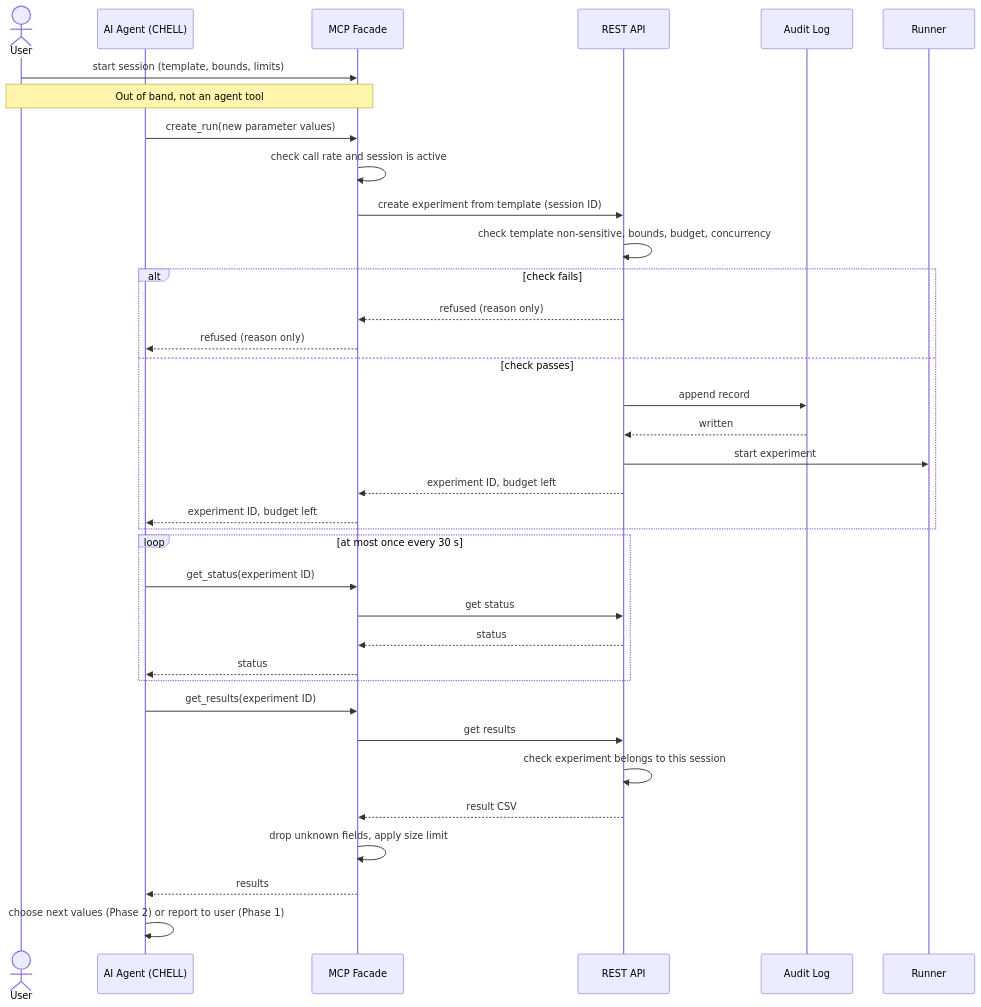
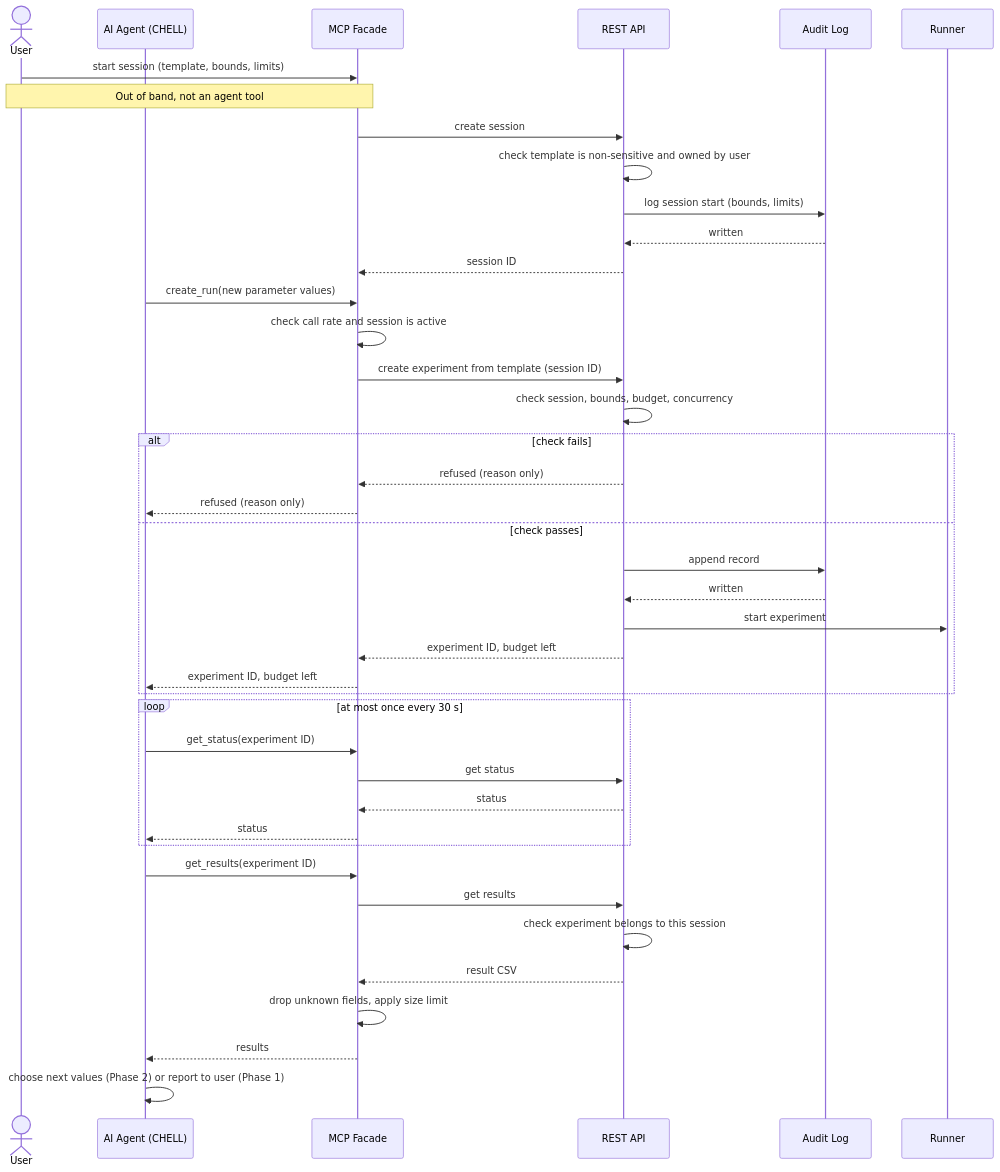
One commit to AutomatingSciencePipeline/Monorepo changed the diagram in docs/docs/infrastructure/agentic_auto_mode_proposal.md. Above: the diagram before and after it, drawn with Mermaid.

Commit message:
Show session creation and audit in the auto mode sequence diagram

````diff
--- a/docs/docs/infrastructure/agentic_auto_mode_proposal.md
+++ b/docs/docs/infrastructure/agentic_auto_mode_proposal.md
@@ -152,42 +152,47 @@
 ```mermaid
 sequenceDiagram
     actor User
     participant Agent as AI Agent (CHELL)
     participant MCP as MCP Facade
     participant REST as REST API
     participant Audit as Audit Log
     participant Runner as Runner
 
     User->>MCP: start session (template, bounds, limits)
     Note over User,MCP: Out of band, not an agent tool
+    MCP->>REST: create session
+    REST->>REST: check template is non-sensitive and owned by user
+    REST->>Audit: log session start (bounds, limits)
+    Audit-->>REST: written
+    REST-->>MCP: session ID
 
     Agent->>MCP: create_run(new parameter values)
     MCP->>MCP: check call rate and session is active
     MCP->>REST: create experiment from template (session ID)
-    REST->>REST: check template non-sensitive, bounds, budget, concurrency
+    REST->>REST: check session, bounds, budget, concurrency
     alt check fails
         REST-->>MCP: refused (reason only)
         MCP-->>Agent: refused (reason only)
     else check passes
         REST->>Audit: append record
         Audit-->>REST: written
         REST->>Runner: start experiment
         REST-->>MCP: experiment ID, budget left
         MCP-->>Agent: experiment ID, budget left
     end
 
     loop at most once every 30 s
         Agent->>MCP: get_status(experiment ID)
         MCP->>REST: get status
         REST-->>MCP: status
         MCP-->>Agent: status
     end
 
     Agent->>MCP: get_results(experiment ID)
     MCP->>REST: get results
     REST->>REST: check experiment belongs to this session
     REST-->>MCP: result CSV
     MCP->>MCP: drop unknown fields, apply size limit
     MCP-->>Agent: results
     Agent->>Agent: choose next values (Phase 2) or report to user (Phase 1)
 ```
````
